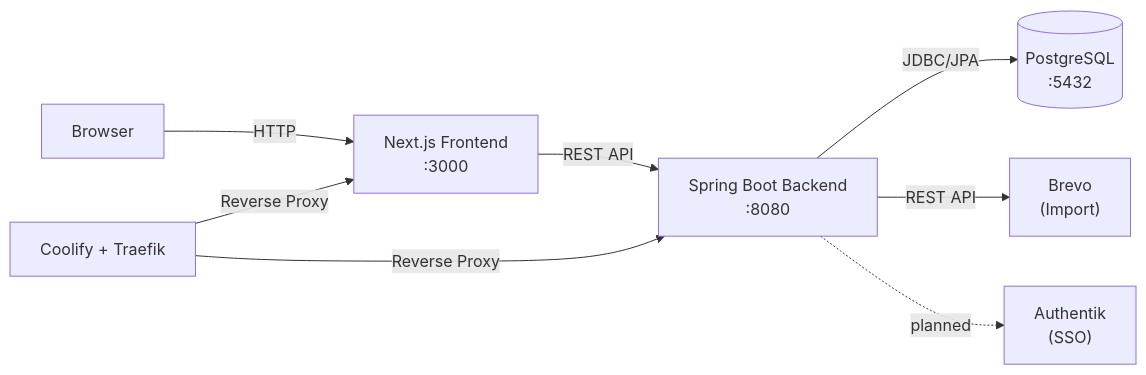
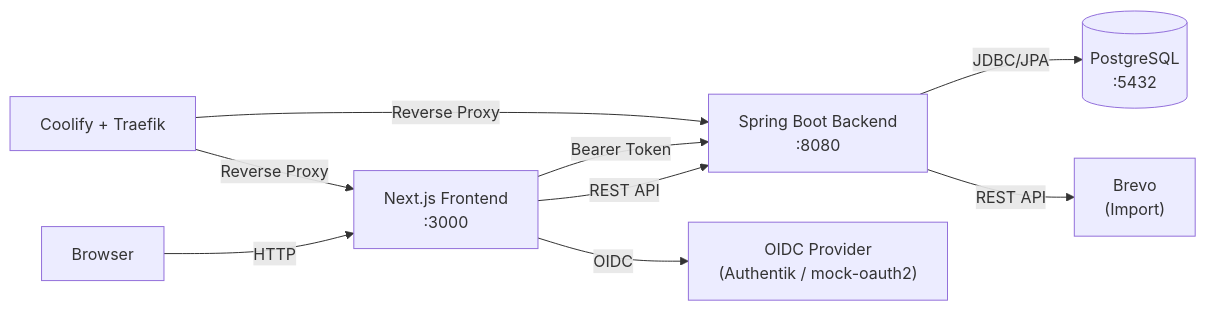
The first of 2 diagrams in .claude/conventions/project-specific/project-architecture.md (OpenElementsLabs/open-crm), drawn with Mermaid before and after one commit. The commit also changed other lines of this file and 20 other files, not shown here.

````diff
--- a/.claude/conventions/project-specific/project-architecture.md
+++ b/.claude/conventions/project-specific/project-architecture.md
@@ -20,10 +20,11 @@
 ```mermaid
 graph LR
     Browser["Browser"] -->|HTTP| Frontend["Next.js Frontend<br/>:3000"]
     Frontend -->|REST API| Backend["Spring Boot Backend<br/>:8080"]
     Backend -->|JDBC/JPA| DB[("PostgreSQL<br/>:5432")]
     Backend -->|REST API| Brevo["Brevo<br/>(Import)"]
-    Backend -.->|planned| Authentik["Authentik<br/>(SSO)"]
+    Frontend -->|OIDC| OIDC["OIDC Provider<br/>(Authentik / mock-oauth2)"]
+    Frontend -->|Bearer Token| Backend
     Coolify["Coolify + Traefik"] -->|Reverse Proxy| Frontend
     Coolify -->|Reverse Proxy| Backend
 ```
````
